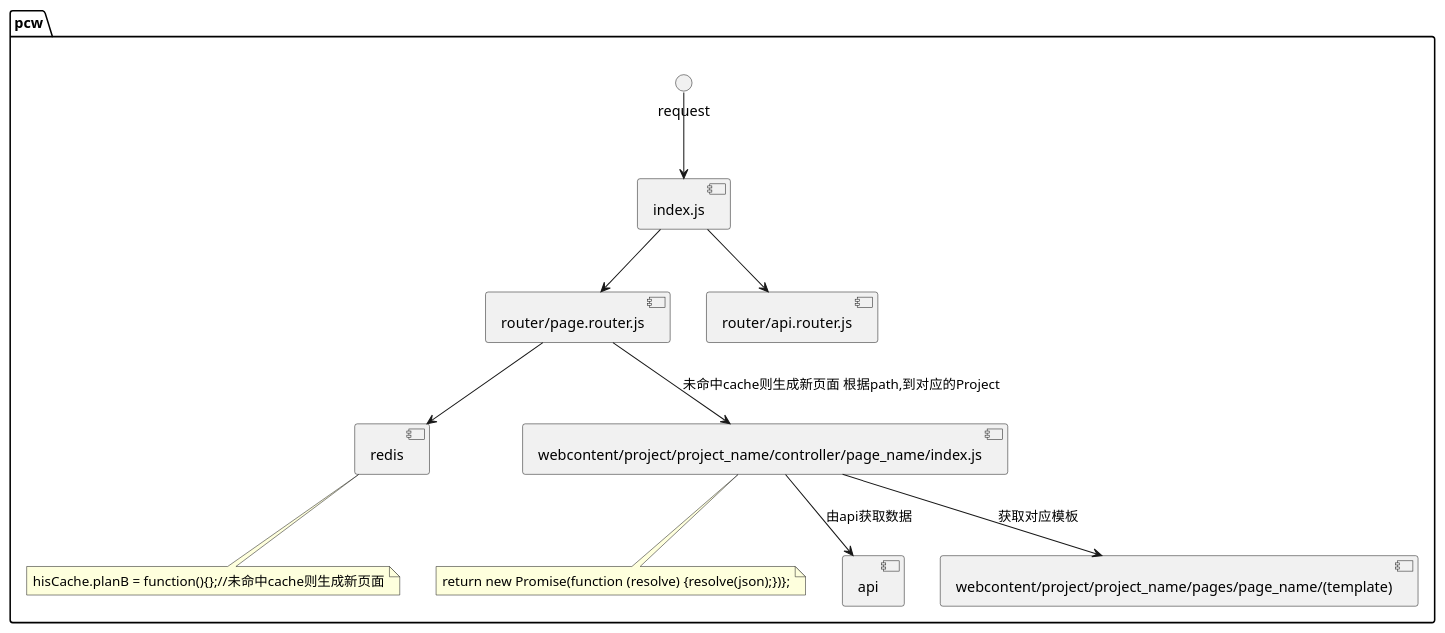
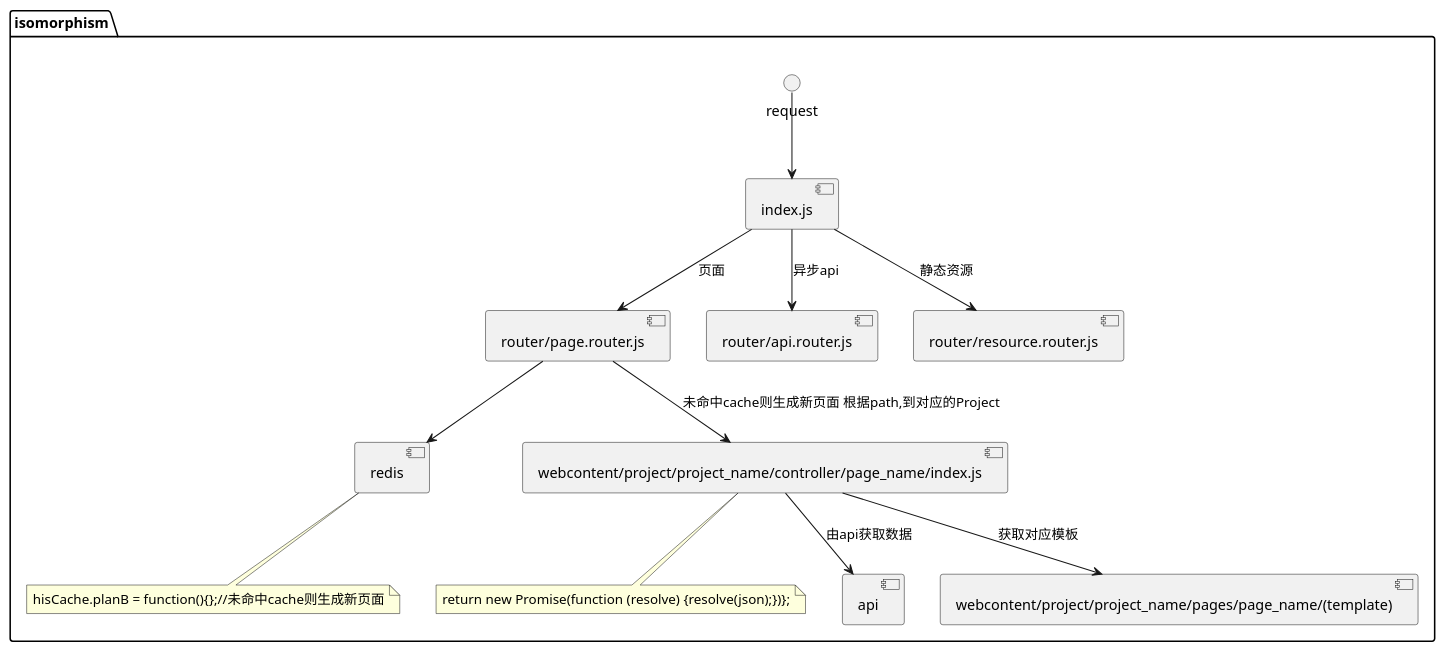
One commit to sinbargit/docs changed the second of 2 diagrams in uml/isomorphism.puml. Above: the diagram before and after it, drawn with PlantUML. The commit also changed 1 other file, not shown here.

```diff
--- a/uml/isomorphism.puml
+++ b/uml/isomorphism.puml
@@ -28,14 +28,15 @@
 @startuml
-package pcw{
+package isomorphism{
   request --> [index.js]
-  [index.js] --> [router/page.router.js]
-  [index.js] --> [router/api.router.js]
+  [index.js] --> [router/page.router.js]: 页面
+  [index.js] --> [router/api.router.js]: 异步api
+  [index.js] --> [router/resource.router.js]: 静态资源
   [router/page.router.js] --> [redis]
   note bottom: hisCache.planB = function(){};//未命中cache则生成新页面
   [router/page.router.js] --> [webcontent/project/project_name/controller/page_name/index.js]: 未命中cache则生成新页面 根据path,到对应的Project
   [webcontent/project/project_name/controller/page_name/index.js]
   note bottom: return new Promise(function (resolve) {resolve(json);})};
   [webcontent/project/project_name/controller/page_name/index.js] --> [api] :由api获取数据
   [webcontent/project/project_name/controller/page_name/index.js] --> [webcontent/project/project_name/pages/page_name/(template)] :获取对应模板
 }
 @enduml
```
